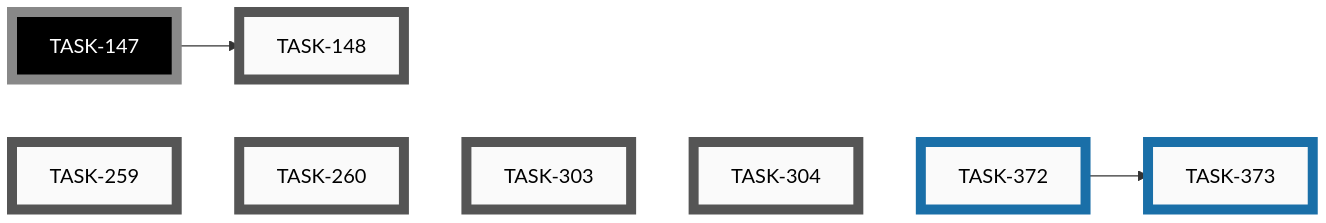
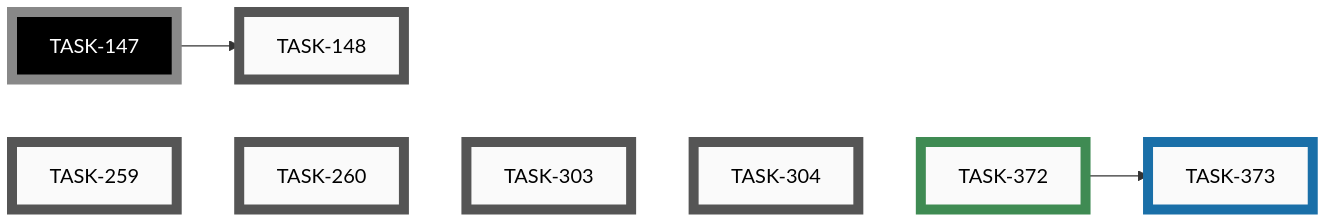
One commit to tgd1975/AwesomeGuitarPedal changed the fifth of 5 diagrams in docs/developers/tasks/EPICS.md. Above: the diagram before and after it, drawn with Mermaid. The commit also changed other lines of this file and 3 other files, not shown here.

Commit message:
close TASK-372: Configure CodeQL to ignore vendored test-framework code

````diff
--- a/docs/developers/tasks/EPICS.md
+++ b/docs/developers/tasks/EPICS.md
@@ -160,29 +160,29 @@
 ```mermaid
 graph LR
     TASK_148["TASK-148"]:::open
     TASK_259["TASK-259"]:::open
     TASK_260["TASK-260"]:::open
     TASK_303["TASK-303"]:::open
     TASK_304["TASK-304"]:::open
-    TASK_372["TASK-372"]:::active
     TASK_373["TASK-373"]:::active
+    TASK_372["TASK-372"]:::closed
     TASK_147["TASK-147"]:::openExt
     TASK_147 --> TASK_148
     TASK_372 --> TASK_373
     TASK_259 ~~~ TASK_260 ~~~ TASK_303 ~~~ TASK_304 ~~~ TASK_372
     click TASK_148 "open/task-148-reorganise-developer-documentation.md"
     click TASK_259 "open/task-259-android-app-test-protocol.md"
     click TASK_260 "open/task-260-unify-version-numbers-across-deliverables.md"
     click TASK_303 "open/task-303-simulator-boots-with-demo-loaded.md"
     click TASK_304 "open/task-304-simulator-button-no-hover-reaction.md"
-    click TASK_372 "active/task-372-configure-codeql-paths-ignore-for-vendored-deps.md"
     click TASK_373 "active/task-373-fix-cpp-comparison-with-wider-type-in-config-loader.md"
+    click TASK_372 "closed/task-372-configure-codeql-paths-ignore-for-vendored-deps.md"
     classDef open    fill:#FAFAFA,stroke:#555,stroke-width:8px,color:#000
     classDef active  fill:#FAFAFA,stroke:#1A6FA8,stroke-width:8px,color:#000
     classDef closed  fill:#FAFAFA,stroke:#3F8B53,stroke-width:8px,color:#000
     classDef paused  fill:#FAFAFA,stroke:#B07810,stroke-width:8px,color:#000
     classDef openExt    fill:#000,stroke:#888,stroke-width:8px,color:#FFF
     classDef activeExt  fill:#000,stroke:#3FA9F5,stroke-width:8px,color:#FFF
     classDef closedExt  fill:#000,stroke:#7CC68A,stroke-width:8px,color:#FFF
     classDef pausedExt  fill:#000,stroke:#F0B030,stroke-width:8px,color:#FFF
 ```
````
